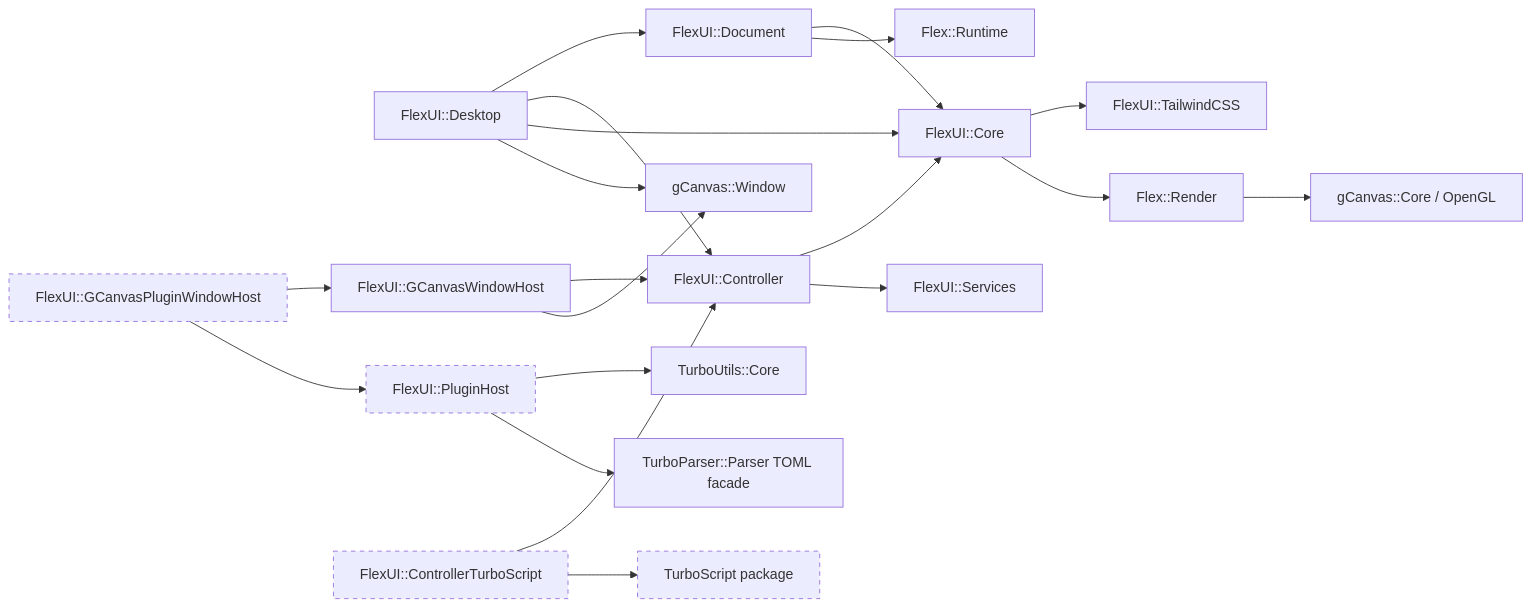
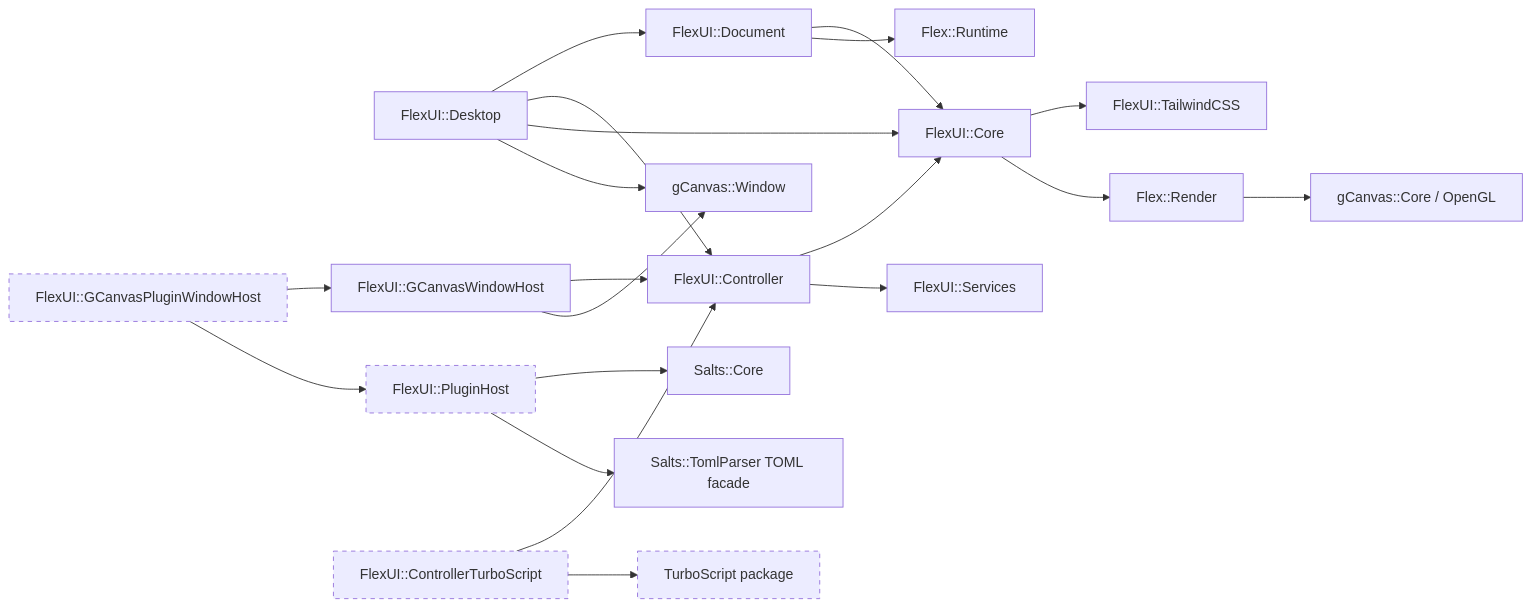
The second of 14 diagrams in flexUI/docs/FLEXUI_DESKTOP_DESIGN.md (qigao/stun), drawn with Mermaid before and after one commit. The commit also changed other lines of this file and 60 other files, not shown here.

````diff
--- a/flexUI/docs/FLEXUI_DESKTOP_DESIGN.md
+++ b/flexUI/docs/FLEXUI_DESKTOP_DESIGN.md
@@ -177,28 +177,28 @@
 ```mermaid
 flowchart LR
     Desktop[FlexUI::Desktop] --> Document[FlexUI::Document]
     Desktop --> Controller[FlexUI::Controller]
     Desktop --> Core[FlexUI::Core]
     Desktop --> GWindow[gCanvas::Window]
 
     GPluginHost[FlexUI::GCanvasPluginWindowHost] --> WindowHost[FlexUI::GCanvasWindowHost]
     GPluginHost --> PluginHost[FlexUI::PluginHost]
     WindowHost --> Controller
     WindowHost --> GWindow
 
     Document --> Core
     Document --> FlexRuntime[Flex::Runtime]
     Core --> Tailwind[FlexUI::TailwindCSS]
     Core --> FlexRender[Flex::Render]
     FlexRender --> GCanvas[gCanvas::Core / OpenGL]
 
     Controller --> Core
     Controller --> Services[FlexUI::Services]
     TurboAdapter[FlexUI::ControllerTurboScript] --> Controller
     TurboAdapter --> TurboScript[TurboScript package]
-    PluginHost --> TurboUtils[TurboUtils::Core]
-    PluginHost --> TurboParser[TurboParser::Parser TOML facade]
+    PluginHost --> SaltsCore["Salts::Core"]
+    PluginHost --> SaltsToml["Salts::TomlParser TOML facade"]
 
     classDef optional stroke-dasharray: 5 5;
     class TurboAdapter,TurboScript,PluginHost,GPluginHost optional;
 ```
````
